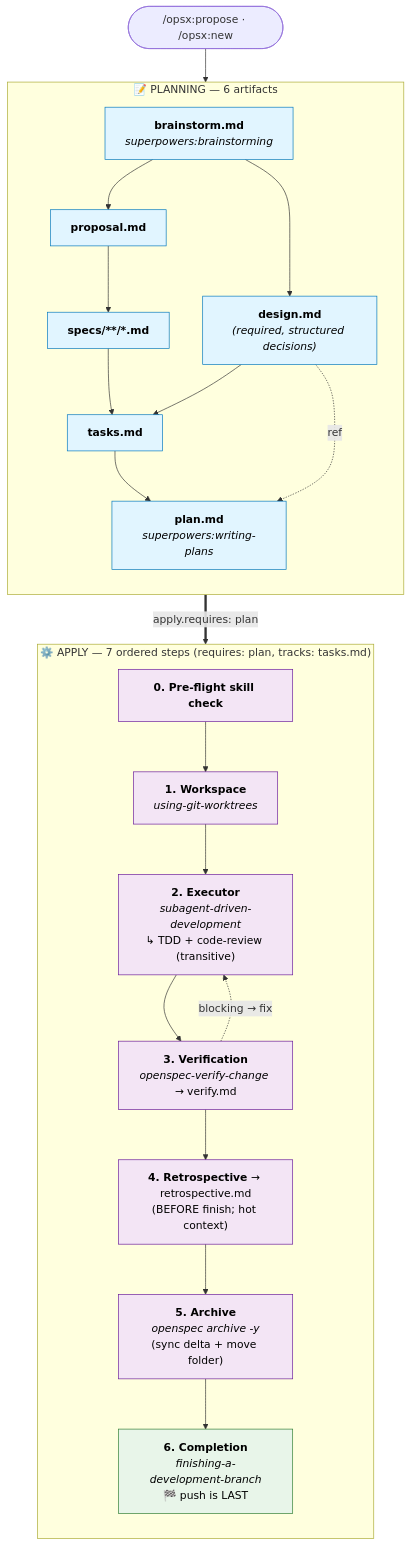
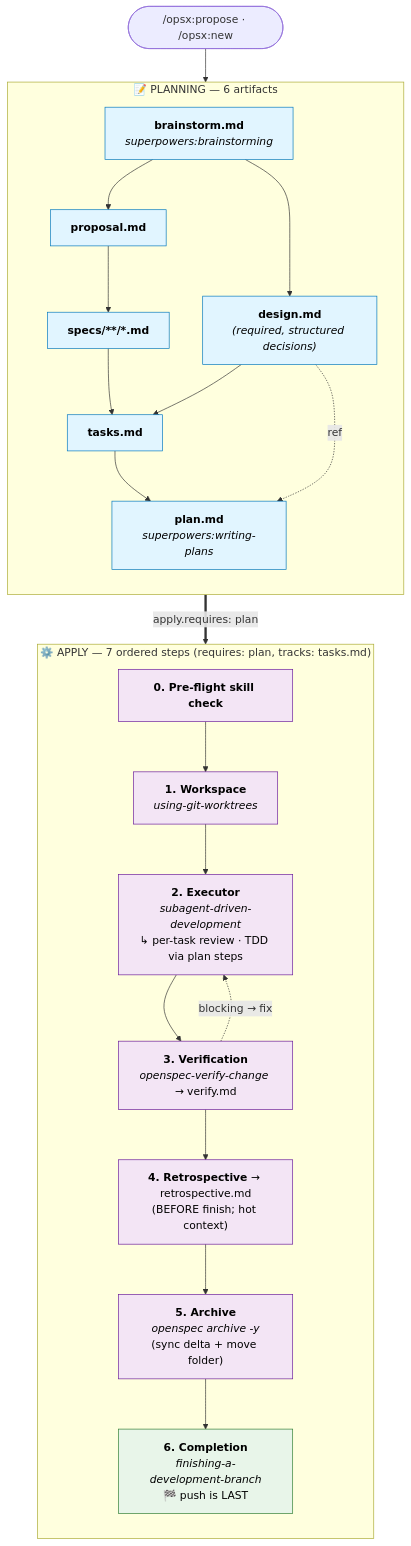
Before and after one commit to AdrianTheopold/openspec-schemas: the diagram in superpowers-bridge/README.md, drawn with Mermaid. The commit also changed other lines of this file and 12 other files, not shown here.

````diff
--- a/superpowers-bridge/README.md
+++ b/superpowers-bridge/README.md
@@ -222,48 +222,48 @@
 ```mermaid
 flowchart TD
     Start([/opsx:propose · /opsx:new])
 
     subgraph Plan ["📝 PLANNING — 6 artifacts"]
         direction TB
         BS["<b>brainstorm.md</b><br/><i>superpowers:brainstorming</i>"]
         PROP["<b>proposal.md</b>"]
         DES["<b>design.md</b><br/><i>(required, structured decisions)</i>"]
         SP["<b>specs/**/*.md</b>"]
         TK["<b>tasks.md</b>"]
         PL["<b>plan.md</b><br/><i>superpowers:writing-plans</i>"]
 
         BS --> PROP
         BS --> DES
         PROP --> SP
         SP --> TK
         DES --> TK
         TK --> PL
         DES -. ref .-> PL
     end
 
     subgraph Apply ["⚙️ APPLY — 7 ordered steps (requires: plan, tracks: tasks.md)"]
         direction TB
         A0["<b>0. Pre-flight skill check</b>"]
         A1["<b>1. Workspace</b><br/><i>using-git-worktrees</i>"]
-        A2["<b>2. Executor</b><br/><i>subagent-driven-development</i><br/>↳ TDD + code-review (transitive)"]
+        A2["<b>2. Executor</b><br/><i>subagent-driven-development</i><br/>↳ per-task review · TDD via plan steps"]
         A3["<b>3. Verification</b><br/><i>openspec-verify-change</i> → verify.md"]
         A4["<b>4. Retrospective</b> → retrospective.md<br/>(BEFORE finish; hot context)"]
         A5["<b>5. Archive</b><br/><i>openspec archive -y</i><br/>(sync delta + move folder)"]
         A6["<b>6. Completion</b><br/><i>finishing-a-development-branch</i><br/>🏁 push is LAST"]
 
         A0 --> A1 --> A2 --> A3
         A3 -. blocking → fix .-> A2
         A3 --> A4 --> A5 --> A6
     end
 
     Start --> BS
     PL ==>|apply.requires: plan| A0
 
     classDef artifact fill:#e1f5ff,stroke:#0277bd,color:#000
     classDef step fill:#f3e5f5,stroke:#6a1b9a,color:#000
     classDef capstone fill:#e8f5e9,stroke:#2e7d32,color:#000
 
     class BS,PROP,DES,SP,TK,PL artifact
     class A0,A1,A2,A3,A4,A5 step
     class A6 capstone
 ```
````
